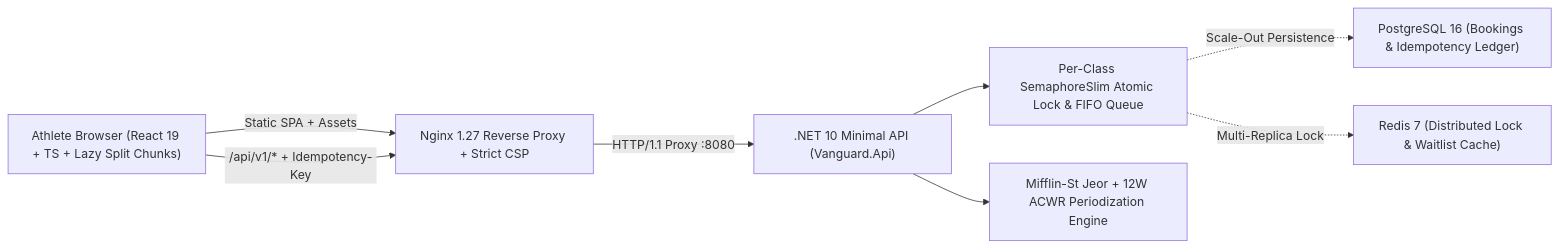
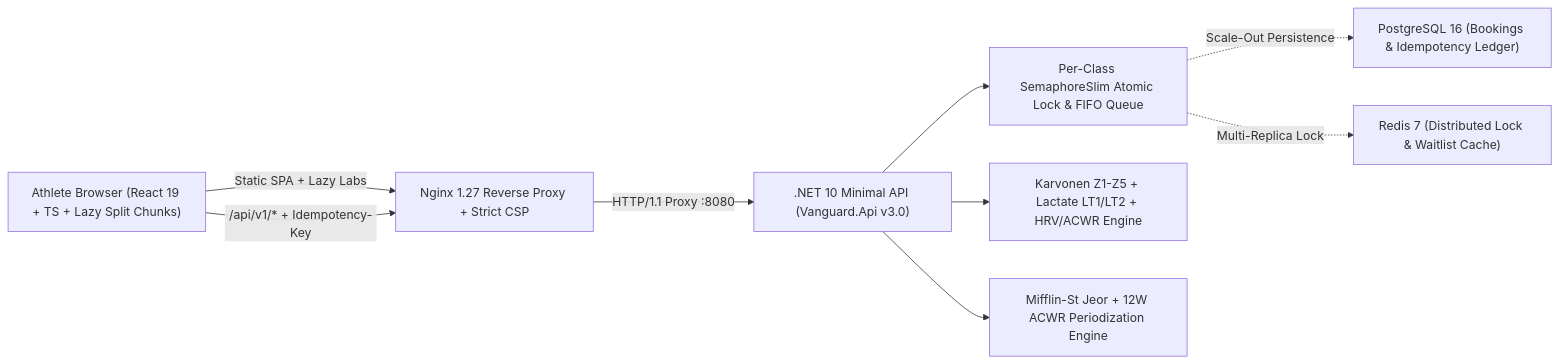
The diagram in README.md (tvt987/vanguard-fitness), drawn with Mermaid before and after one commit. The commit also changed other lines of this file and 18 other files, not shown here.

Commit message:
feat(v3): ship Karvonen HR zones, blood lactate curve, HRV/ACWR readiness lab & .NET 10 parity

````diff
--- a/README.md
+++ b/README.md
@@ -15,18 +15,20 @@
 ```mermaid
 flowchart LR
     Client["Athlete Browser (React 19 + TS + Lazy Split Chunks)"]
     Nginx["Nginx 1.27 Reverse Proxy + Strict CSP"]
-    Api[".NET 10 Minimal API (Vanguard.Api)"]
+    Api[".NET 10 Minimal API (Vanguard.Api v3.0)"]
     Lock["Per-Class SemaphoreSlim Atomic Lock & FIFO Queue"]
+    Readiness["Karvonen Z1-Z5 + Lactate LT1/LT2 + HRV/ACWR Engine"]
     Metabolic["Mifflin-St Jeor + 12W ACWR Periodization Engine"]
     Pg["PostgreSQL 16 (Bookings & Idempotency Ledger)"]
     Redis["Redis 7 (Distributed Lock & Waitlist Cache)"]
 
-    Client -->|"Static SPA + Assets"| Nginx
+    Client -->|"Static SPA + Lazy Labs"| Nginx
     Client -->|"/api/v1/* + Idempotency-Key"| Nginx
     Nginx -->|"HTTP/1.1 Proxy :8080"| Api
     Api --> Lock
+    Api --> Readiness
     Api --> Metabolic
     Lock -.->|"Scale-Out Persistence"| Pg
     Lock -.->|"Multi-Replica Lock"| Redis
 ```
````
